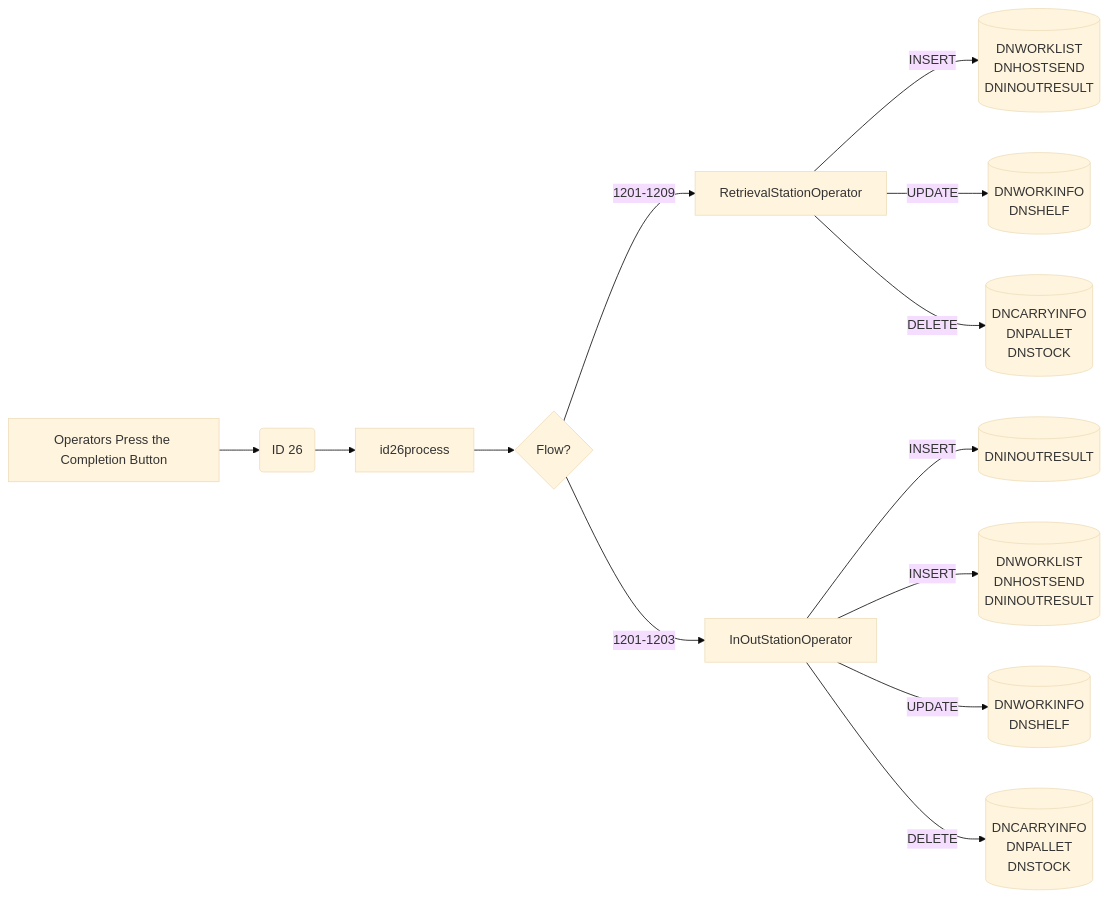
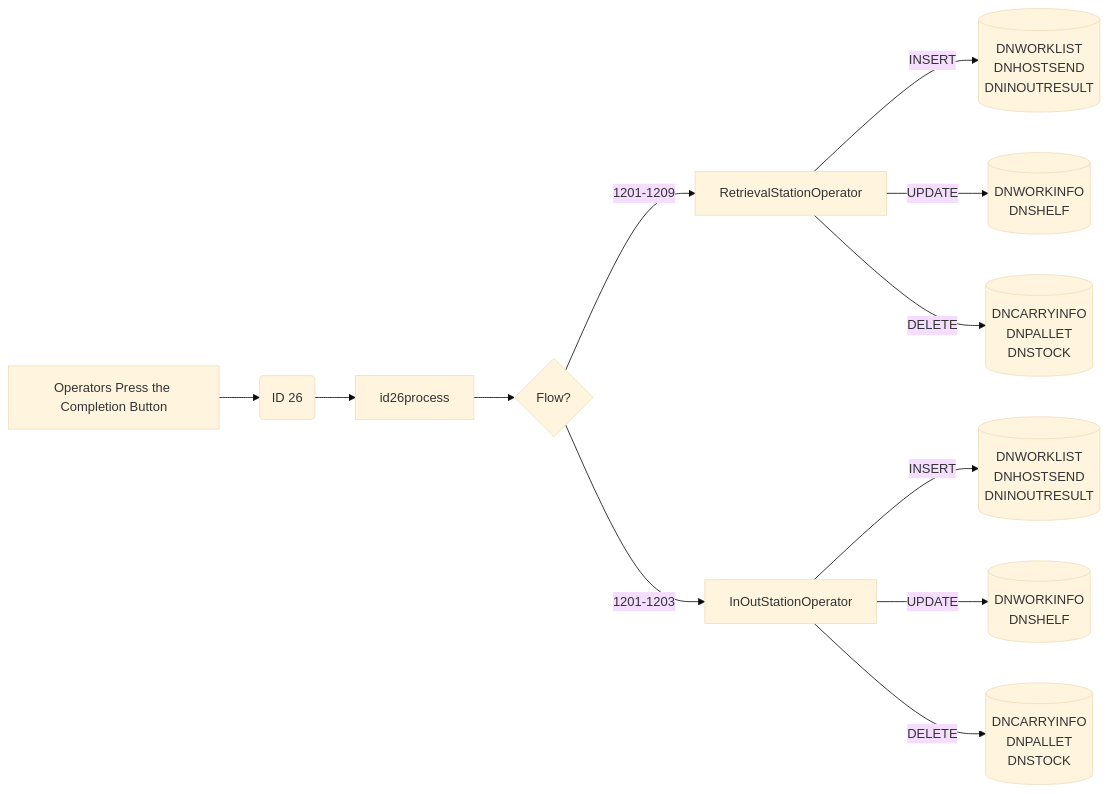
Diagram 19 of 19 in Basic-Design/DFD-WMS/Retrieval/Specific-Location-Retrieval-Setting.md (luthfiadityaa/SimeDarby-Wiki), drawn with Mermaid (base theme) before and after one commit.

Commit message:
Updated Specific Location Retrieval Setting

```diff
--- a/Basic-Design/DFD-WMS/Retrieval/Specific-Location-Retrieval-Setting.md
+++ b/Basic-Design/DFD-WMS/Retrieval/Specific-Location-Retrieval-Setting.md
@@ -835,68 +835,63 @@
 ::: mermaid
 flowchart LR
 
 buttonclicked["
 Operators Press the Completion Button
 "]
 
 id26msg("
 ID 26
 ")
 
 
 id26-update[("
 DNWORKINFO
 DNSHELF
 ")]
 
 id26-delete[("
 DNCARRYINFO
 DNPALLET
 DNSTOCK
 ")]
 
 id26-insert[("
 DNWORKLIST
 DNHOSTSEND
 DNINOUTRESULT
 ")]
 
 id26-update2[("
 DNWORKINFO
 DNSHELF
 ")]
 
 id26-delete2[("
 DNCARRYINFO
 DNPALLET
 DNSTOCK
 ")]
 
 id26-insert3[("
 DNWORKLIST
 DNHOSTSEND
 DNINOUTRESULT
 ")]
 
-id26-insert2[("
-DNINOUTRESULT
-")]
-
 id26process[id26process]
 
 buttonclicked --> id26msg
 id26msg -->id26process-->Cond1{Flow?}
 
 RetrievalStationOperator--> |INSERT| id26-insert 
 RetrievalStationOperator--> |UPDATE| id26-update 
 RetrievalStationOperator--> |DELETE| id26-delete 
 
 Cond1{Flow?} --> |1201-1209| RetrievalStationOperator
 Cond1{Flow?} --> |1201-1203| InOutStationOperator
 
-InOutStationOperator --> |INSERT| id26-insert2
 InOutStationOperator --> |INSERT| id26-insert3
 InOutStationOperator --> |UPDATE| id26-update2
 InOutStationOperator --> |DELETE| id26-delete2
 
 :::
```
